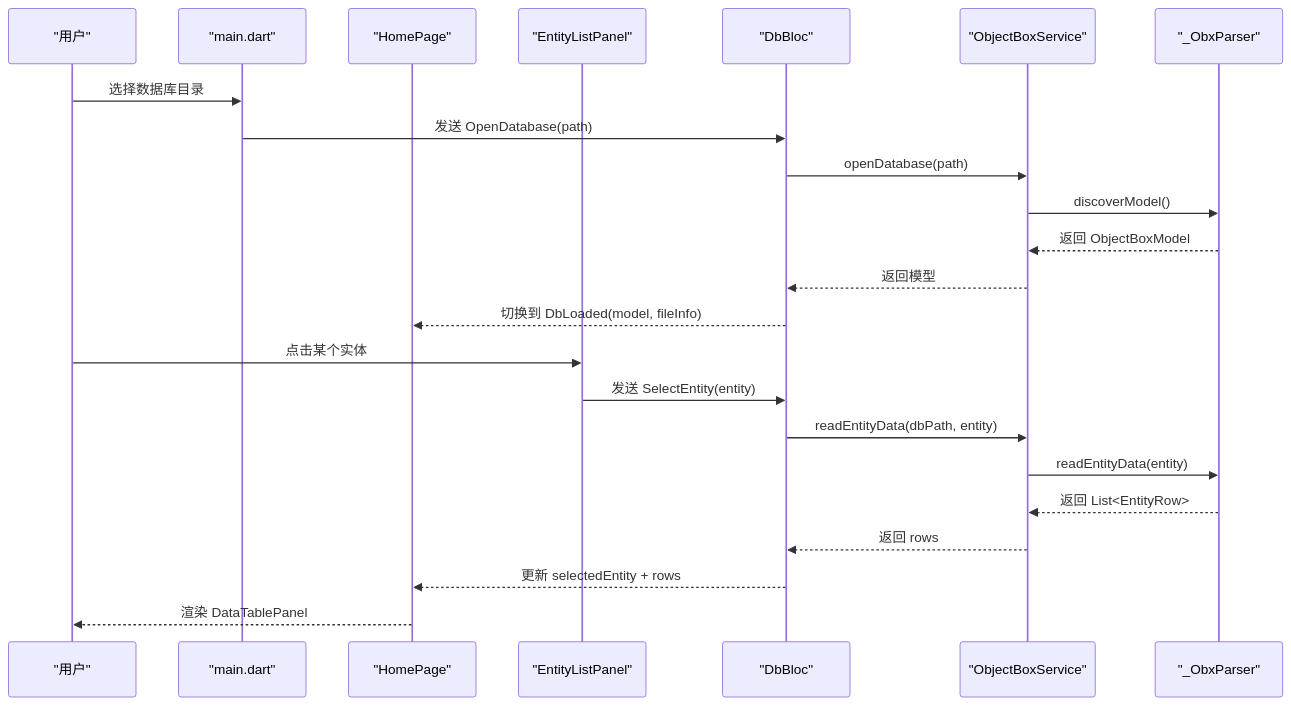
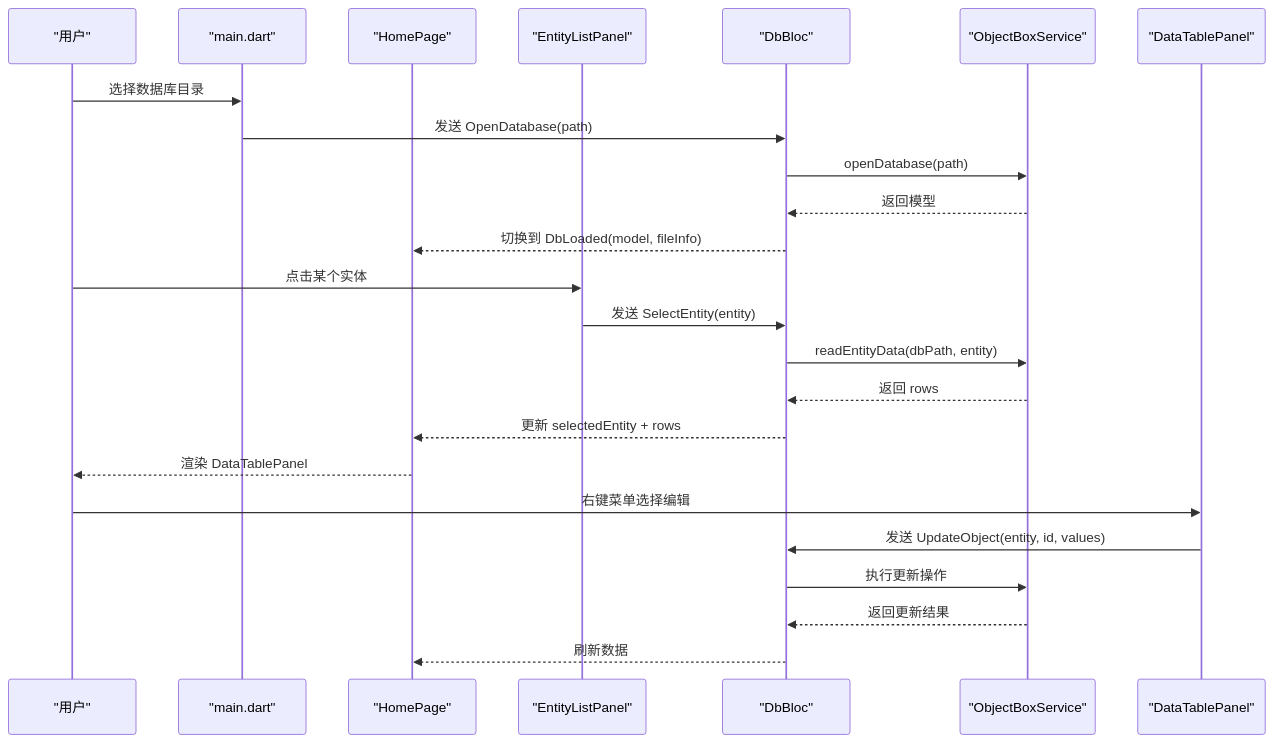
The second of 10 diagrams in .qoder/repowiki/zh/content/核心功能/实体管理.md (kongpf8848/objectbox_viewer), drawn with Mermaid before and after one commit. The commit also changed other lines of this file and 19 other files, not shown here.

````diff
--- a/.qoder/repowiki/zh/content/核心功能/实体管理.md
+++ b/.qoder/repowiki/zh/content/核心功能/实体管理.md
@@ -114,25 +158,26 @@
 ```mermaid
 sequenceDiagram
 participant U as "用户"
 participant M as "main.dart"
 participant H as "HomePage"
 participant L as "EntityListPanel"
 participant D as "DbBloc"
 participant S as "ObjectBoxService"
-participant P as "_ObxParser"
+participant DT as "DataTablePanel"
 U->>M : 选择数据库目录
 M->>D : 发送 OpenDatabase(path)
 D->>S : openDatabase(path)
-S->>P : discoverModel()
-P-->>S : 返回 ObjectBoxModel
 S-->>D : 返回模型
 D-->>H : 切换到 DbLoaded(model, fileInfo)
 U->>L : 点击某个实体
 L->>D : 发送 SelectEntity(entity)
 D->>S : readEntityData(dbPath, entity)
-S->>P : readEntityData(entity)
-P-->>S : 返回 List<EntityRow>
 S-->>D : 返回 rows
 D-->>H : 更新 selectedEntity + rows
 H-->>U : 渲染 DataTablePanel
+U->>DT : 右键菜单选择编辑
+DT->>D : 发送 UpdateObject(entity, id, values)
+D->>S : 执行更新操作
+S-->>D : 返回更新结果
+D-->>H : 刷新数据
 ```
````
